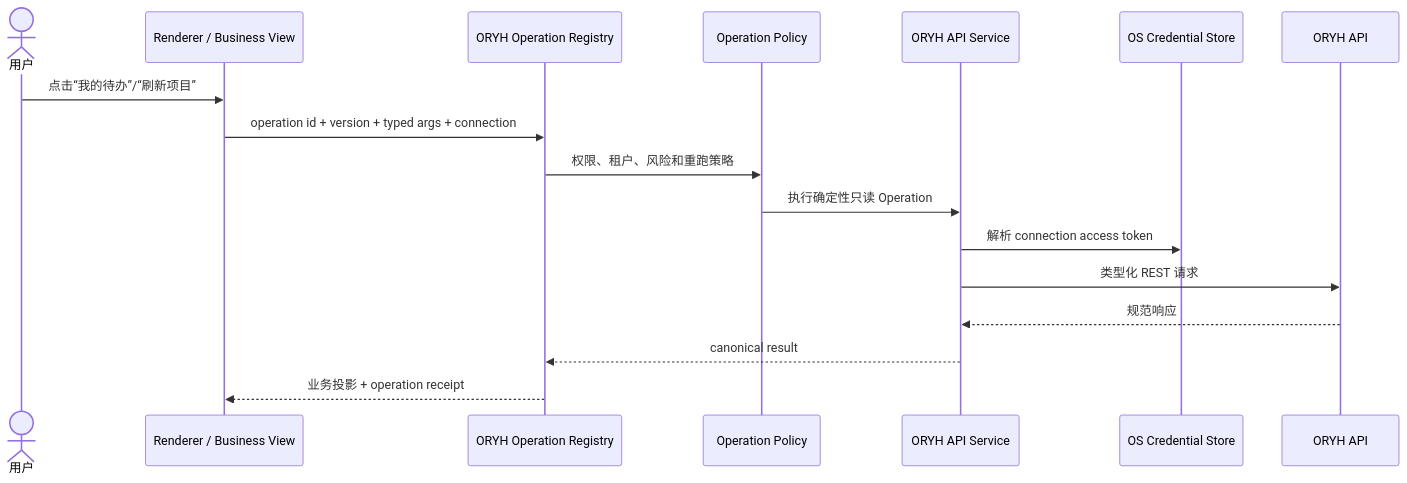
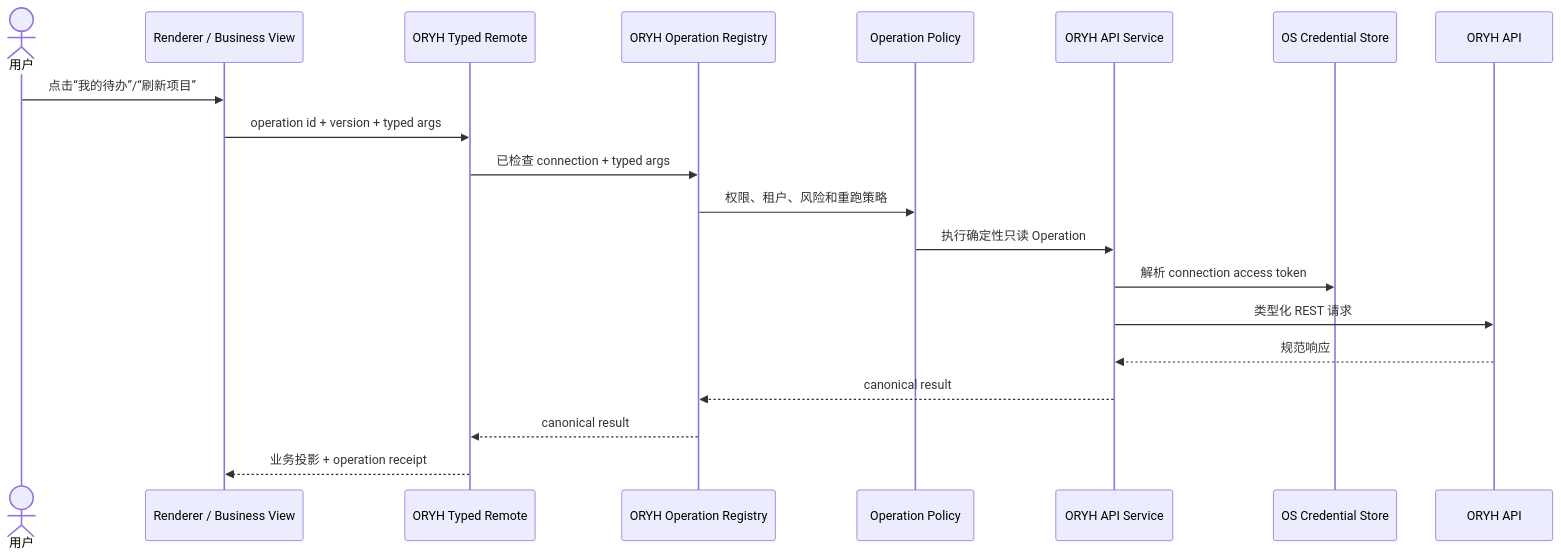
The third of 4 diagrams in docs/04-technical-architecture.md (wjtong/oryh-ai-client), drawn with Mermaid before and after one commit. The commit also changed other lines of this file and 11 other files, not shown here.

Commit message:
docs: align design with DSH web architecture

````diff
--- a/docs/04-technical-architecture.md
+++ b/docs/04-technical-architecture.md
@@ -214,20 +230,23 @@
 ```mermaid
 sequenceDiagram
     actor U as 用户
     participant UI as Renderer / Business View
+    participant C as ORYH Typed Remote
     participant R as ORYH Operation Registry
     participant P as Operation Policy
     participant H as ORYH API Service
     participant K as OS Credential Store
     participant O as ORYH API
 
     U->>UI: 点击“我的待办”/“刷新项目”
-    UI->>R: operation id + version + typed args + connection
+    UI->>C: operation id + version + typed args
+    C->>R: 已检查 connection + typed args
     R->>P: 权限、租户、风险和重跑策略
     P->>H: 执行确定性只读 Operation
     H->>K: 解析 connection access token
     H->>O: 类型化 REST 请求
     O-->>H: 规范响应
     H-->>R: canonical result
-    R-->>UI: 业务投影 + operation receipt
+    R-->>C: canonical result
+    C-->>UI: 业务投影 + operation receipt
 ```
````
